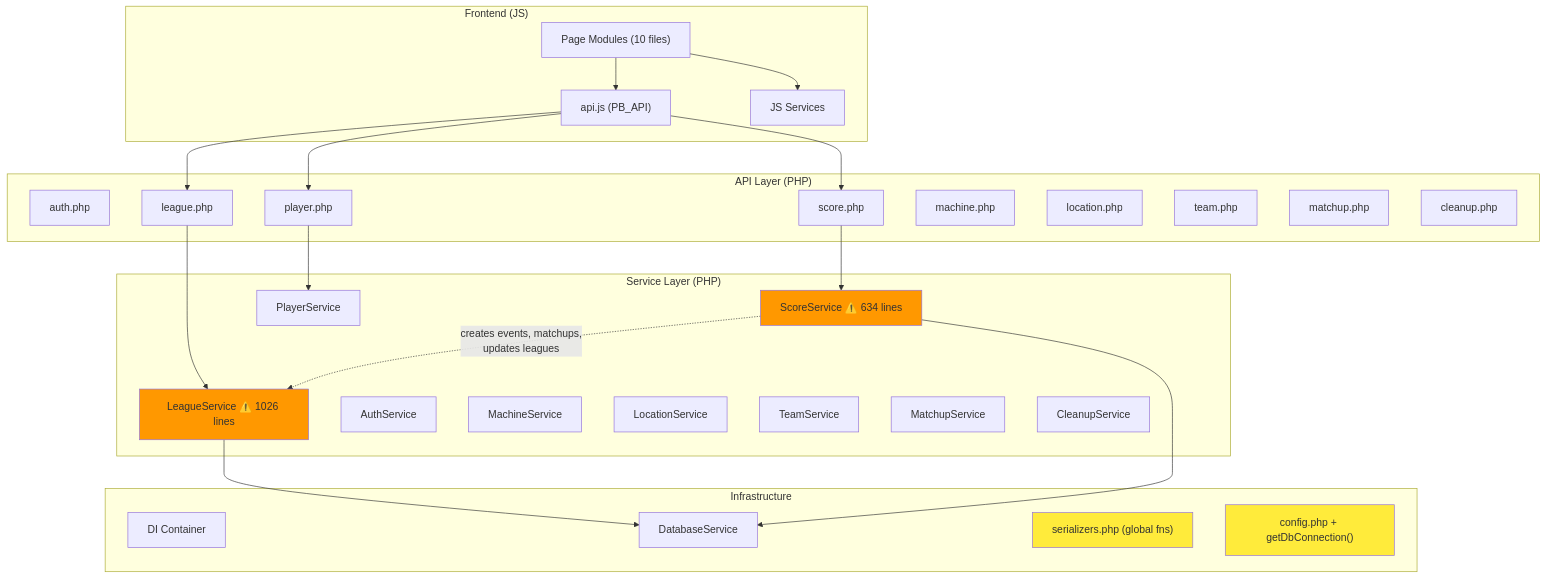
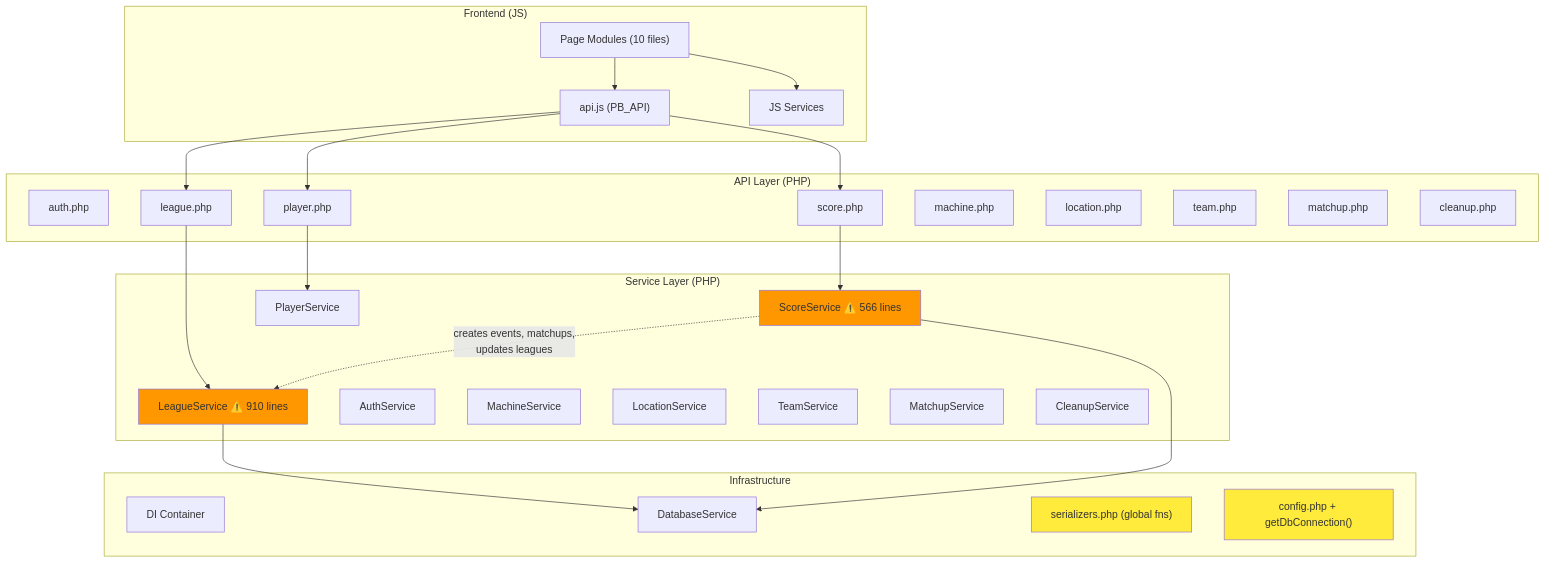
Before and after one commit to Coindrop-Cartel/pinbowling: the diagram in analysis_results.md, drawn with Mermaid. The commit also changed other lines of this file and 5 other files, not shown here.

````diff
--- a/analysis_results.md
+++ b/analysis_results.md
@@ -223,55 +149,55 @@
 ```mermaid
 graph TD
     subgraph "Frontend (JS)"
         API_JS["api.js (PB_API)"]
         Pages["Page Modules (10 files)"]
         Services_JS["JS Services"]
         Pages --> API_JS
         Pages --> Services_JS
     end
 
     subgraph "API Layer (PHP)"
         API_Auth["auth.php"]
         API_League["league.php"]
         API_Player["player.php"]
         API_Score["score.php"]
         API_Machine["machine.php"]
         API_Location["location.php"]
         API_Team["team.php"]
         API_Matchup["matchup.php"]
         API_Cleanup["cleanup.php"]
     end
 
     subgraph "Service Layer (PHP)"
-        LeagueSvc["LeagueService ⚠️ 1026 lines"]
-        ScoreSvc["ScoreService ⚠️ 634 lines"]
+        LeagueSvc["LeagueService ⚠️ 910 lines"]
+        ScoreSvc["ScoreService ⚠️ 566 lines"]
         PlayerSvc["PlayerService"]
         AuthSvc["AuthService"]
         MachineSvc["MachineService"]
         LocationSvc["LocationService"]
         TeamSvc["TeamService"]
         MatchupSvc["MatchupService"]
         CleanupSvc["CleanupService"]
     end
 
     subgraph "Infrastructure"
         Container["DI Container"]
         DatabaseSvc["DatabaseService"]
         Serializers["serializers.php (global fns)"]
         Config["config.php + getDbConnection()"]
     end
 
     API_JS --> API_League & API_Player & API_Score
     API_League --> LeagueSvc
     API_Score --> ScoreSvc
     API_Player --> PlayerSvc
     
     LeagueSvc --> DatabaseSvc
     ScoreSvc --> DatabaseSvc
     ScoreSvc -.->|"creates events, matchups,\nupdates leagues"| LeagueSvc
 
     style LeagueSvc fill:#ff9800
     style ScoreSvc fill:#ff9800
     style Serializers fill:#ffeb3b
     style Config fill:#ffeb3b
 ```
````
